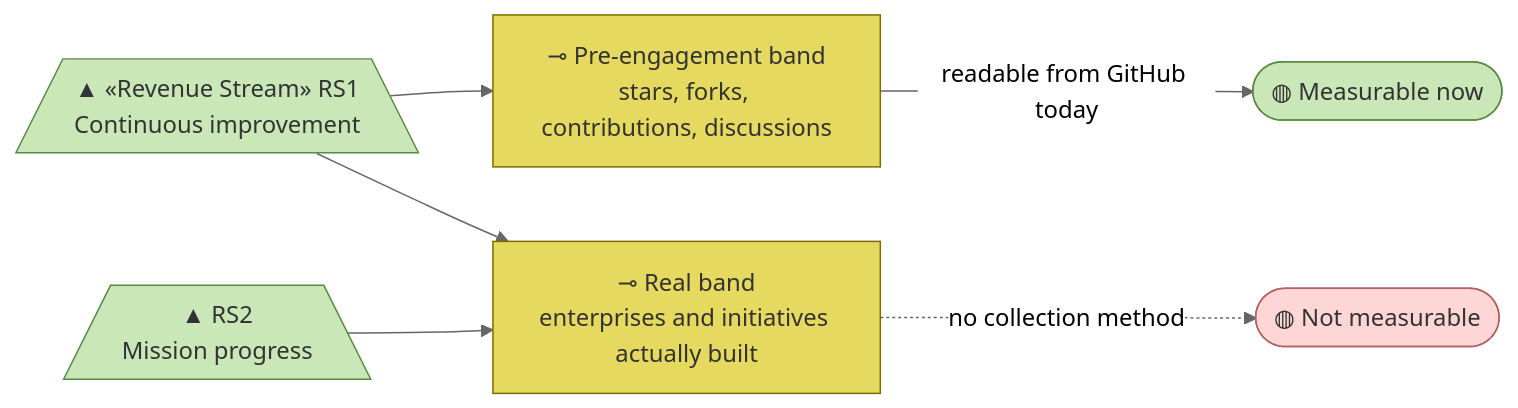
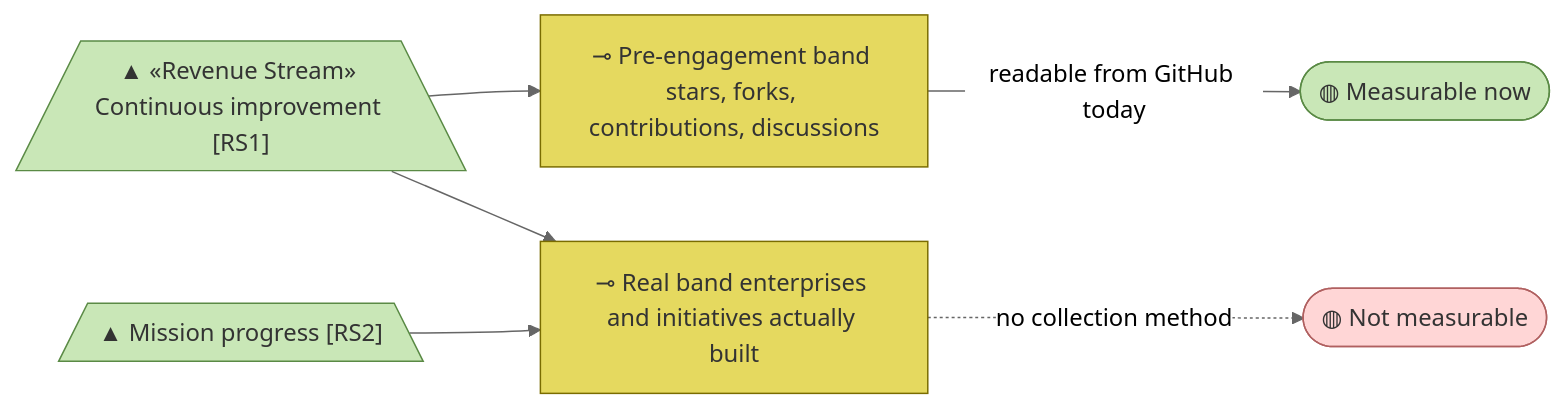
Before and after one commit to roanboc/architecture-archreator: the third of 4 diagrams in org-archreator/architecture/0_business-design/2_business-model-canvas.md, drawn with Mermaid (neutral theme). The commit also changed other lines of this file and 38 other files, not shown here.

````diff
--- a/org-archreator/architecture/0_business-design/2_business-model-canvas.md
+++ b/org-archreator/architecture/0_business-design/2_business-model-canvas.md
@@ -266,20 +266,20 @@
 ```mermaid
 flowchart LR
-  rs1[/"▲ «Revenue Stream» RS1<br>Continuous improvement"\]:::revenue
-  rs2[/"▲ RS2<br>Mission progress"\]:::revenue
+  rs1[/"▲ «Revenue Stream» Continuous improvement [RS1]"\]:::revenue
+  rs2[/"▲ Mission progress [RS2]"\]:::revenue
 
-  pre["⊸ Pre-engagement band<br>stars, forks, contributions, discussions"]:::band
-  real["⊸ Real band<br>enterprises and initiatives actually built"]:::band
+  pre["⊸ Pre-engagement band stars, forks, contributions, discussions"]:::band
+  real["⊸ Real band enterprises and initiatives actually built"]:::band
 
   rs1 --> pre
   rs1 --> real
   rs2 --> real
 
   pre -->|readable from GitHub today| ok(["◍ Measurable now"]):::ok
   real -.->|no collection method| gap(["◍ Not measurable"]):::gap
 
   classDef revenue fill:#c9e7b7,stroke:#5a8a45,color:#333
   classDef band fill:#e5d95f,stroke:#7a6c00,color:#333
   classDef ok fill:#c9e7b7,stroke:#5a8a45,color:#333
   classDef gap fill:#ffd6d6,stroke:#b06060,color:#333
 ```
````
